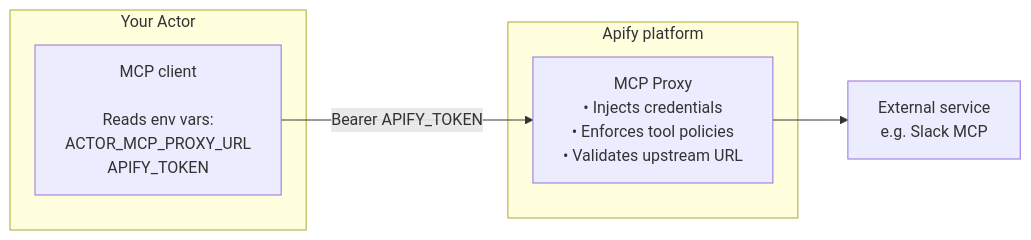
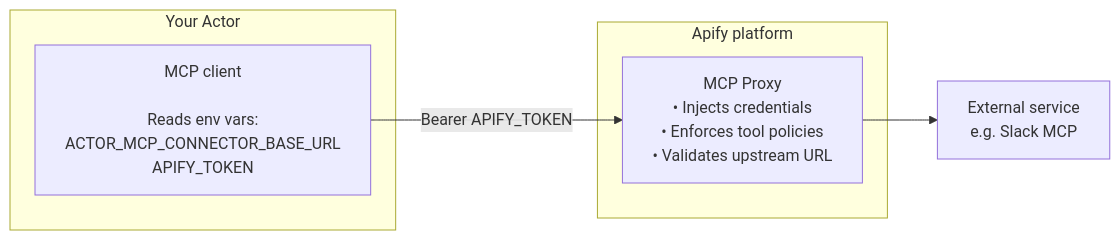
One commit to apify/apify-docs changed the diagram in sources/platform/integrations/ai/mcp-connectors/index.md. Above: the diagram before and after it, drawn with Mermaid. The commit also changed other lines of this file and 2 other files, not shown here.

Commit message:
docs: use final env var name ACTOR_MCP_CONNECTOR_BASE_URL
Claude-Session: https://claude.ai/code/session_01RfLBVoQq6Zm5YEhEXHNfud

````diff
--- a/sources/platform/integrations/ai/mcp-connectors/index.md
+++ b/sources/platform/integrations/ai/mcp-connectors/index.md
@@ -16,15 +16,15 @@
 ```mermaid
 flowchart LR
     subgraph actor [Your Actor]
-        client["MCP client<br/><br/>Reads env vars:<br/>ACTOR_MCP_PROXY_URL<br/>APIFY_TOKEN"]
+        client["MCP client<br/><br/>Reads env vars:<br/>ACTOR_MCP_CONNECTOR_BASE_URL<br/>APIFY_TOKEN"]
     end
 
     subgraph platform [Apify platform]
         proxy["MCP Proxy<br/>• Injects credentials<br/>• Enforces tool policies<br/>• Validates upstream URL"]
     end
 
     external["External service<br/>e.g. Slack MCP"]
 
     client -- "Bearer APIFY_TOKEN" --> proxy
     proxy --> external
 ```
````
